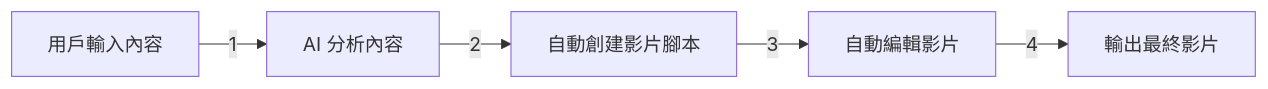
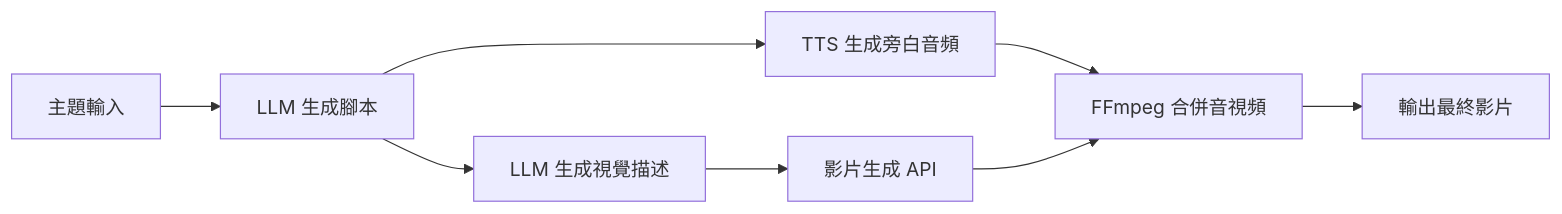
Before and after one commit to a920604a/engineernews: the diagram in src/content/posts/tech/_2026-06-17-aiagent.md, drawn with Mermaid. The commit also changed other lines of this file and 4 other files, not shown here.

````diff
--- a/src/content/posts/tech/_2026-06-17-aiagent.md
+++ b/src/content/posts/tech/_2026-06-17-aiagent.md
@@ -28,7 +25,10 @@
 ```mermaid
 graph LR
-    A[用戶輸入內容] -->|1| B[AI 分析內容]
-    B -->|2| C[自動創建影片腳本]
-    C -->|3| D[自動編輯影片]
-    D -->|4| E[輸出最終影片]
+    A[主題輸入] --> B[LLM 生成腳本]
+    B --> C[TTS 生成旁白音頻]
+    B --> D[LLM 生成視覺描述]
+    D --> E[影片生成 API]
+    C --> F[FFmpeg 合併音視頻]
+    E --> F
+    F --> G[輸出最終影片]
 ```
````
